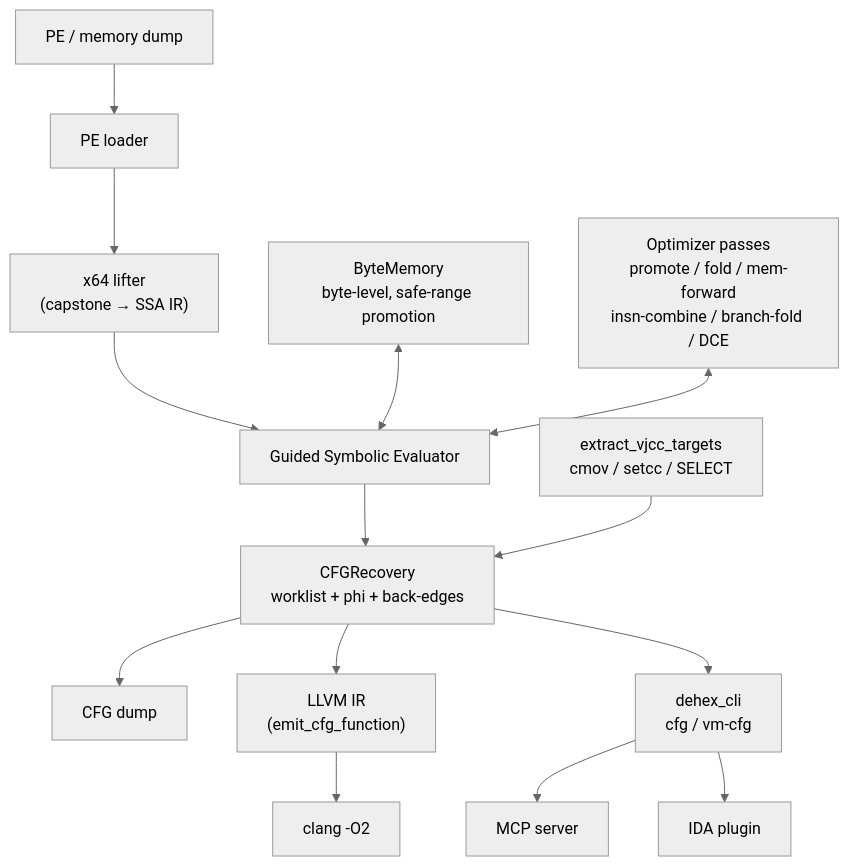
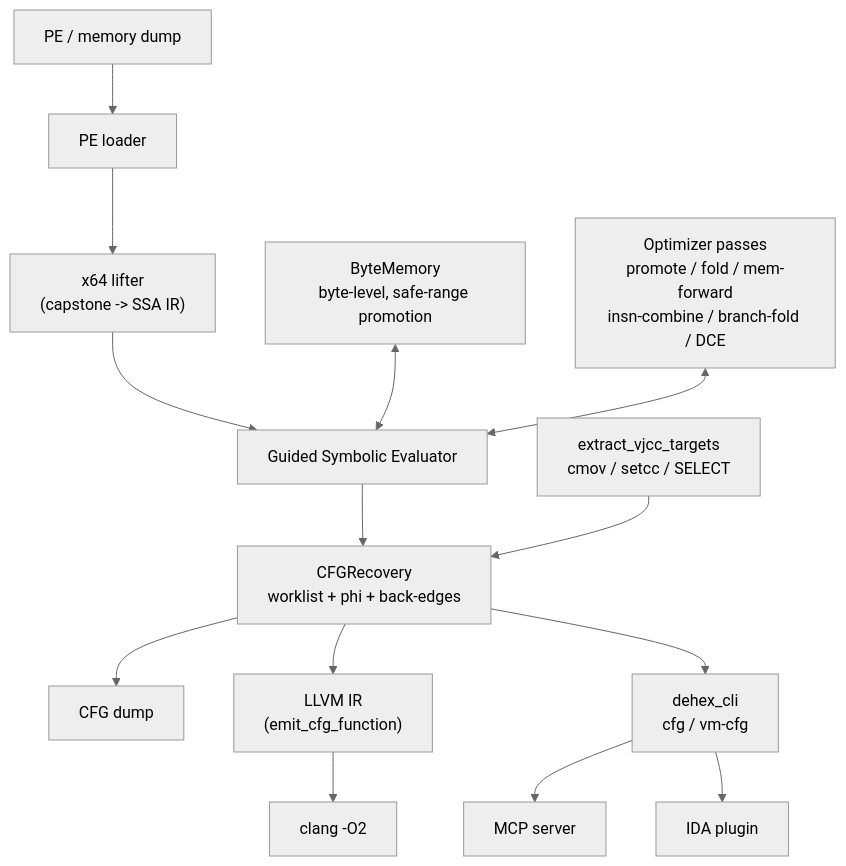
The first of 2 diagrams in README.md (CZheXie/DeHendrix), drawn with Mermaid (neutral theme) before and after one commit. The commit also changed other lines of this file and 1 other file, not shown here.

````diff
--- a/README.md
+++ b/README.md
@@ -41,16 +29,16 @@
 ```mermaid
 flowchart TB
   PE["PE / memory dump"] --> LD["PE loader"]
-  LD --> LIFT["x64 lifter<br/>(capstone → SSA IR)"]
+  LD --> LIFT["x64 lifter<br/>(capstone -> SSA IR)"]
   LIFT --> EVAL["Guided Symbolic Evaluator"]
   MEM["ByteMemory<br/>byte-level, safe-range promotion"] <--> EVAL
   PASS["Optimizer passes<br/>promote / fold / mem-forward<br/>insn-combine / branch-fold / DCE"] <--> EVAL
   EVAL --> CFGR["CFGRecovery<br/>worklist + phi + back-edges"]
   VJCC["extract_vjcc_targets<br/>cmov / setcc / SELECT"] --> CFGR
   CFGR --> DUMP["CFG dump"]
   CFGR --> LL["LLVM IR<br/>(emit_cfg_function)"]
   LL --> CLANG["clang -O2"]
   CFGR --> CLI["dehex_cli<br/>cfg / vm-cfg"]
   CLI --> MCP["MCP server"]
   CLI --> IDA["IDA plugin"]
 ```
````
